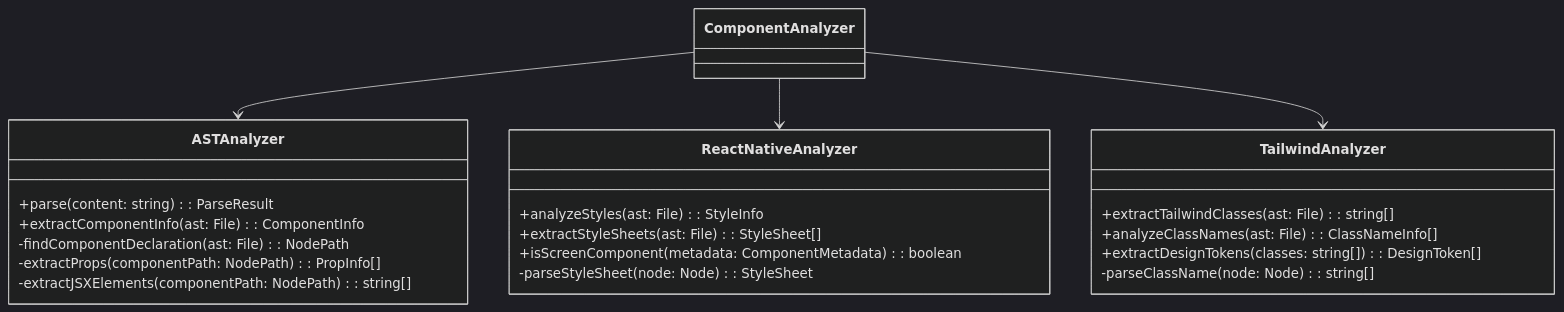
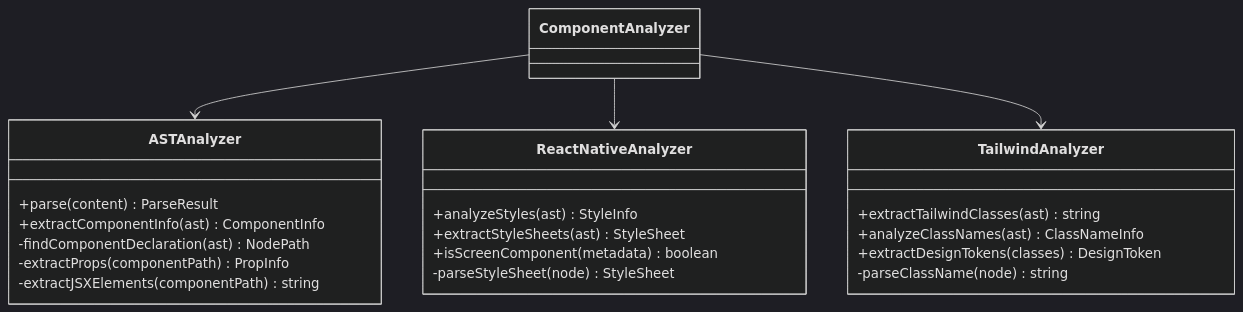
The second of 9 diagrams in docs/class-diagram.md (sean-sunagaku/component-design-system-mcp), drawn with Mermaid (dark theme) before and after one commit. The commit also changed other lines of this file and 2 other files, not shown here.

````diff
--- a/docs/class-diagram.md
+++ b/docs/class-diagram.md
@@ -56,28 +56,28 @@
 ```mermaid
 classDiagram
     class ASTAnalyzer {
-        +parse(content: string): ParseResult
-        +extractComponentInfo(ast: File): ComponentInfo
-        -findComponentDeclaration(ast: File): NodePath
-        -extractProps(componentPath: NodePath): PropInfo[]
-        -extractJSXElements(componentPath: NodePath): string[]
+        +parse(content) ParseResult
+        +extractComponentInfo(ast) ComponentInfo
+        -findComponentDeclaration(ast) NodePath
+        -extractProps(componentPath) PropInfo
+        -extractJSXElements(componentPath) string
     }
 
     class ReactNativeAnalyzer {
-        +analyzeStyles(ast: File): StyleInfo
-        +extractStyleSheets(ast: File): StyleSheet[]
-        +isScreenComponent(metadata: ComponentMetadata): boolean
-        -parseStyleSheet(node: Node): StyleSheet
+        +analyzeStyles(ast) StyleInfo
+        +extractStyleSheets(ast) StyleSheet
+        +isScreenComponent(metadata) boolean
+        -parseStyleSheet(node) StyleSheet
     }
 
     class TailwindAnalyzer {
-        +extractTailwindClasses(ast: File): string[]
-        +analyzeClassNames(ast: File): ClassNameInfo[]
-        +extractDesignTokens(classes: string[]): DesignToken[]
-        -parseClassName(node: Node): string[]
+        +extractTailwindClasses(ast) string
+        +analyzeClassNames(ast) ClassNameInfo
+        +extractDesignTokens(classes) DesignToken
+        -parseClassName(node) string
     }
 
     ComponentAnalyzer --> ASTAnalyzer
     ComponentAnalyzer --> ReactNativeAnalyzer
     ComponentAnalyzer --> TailwindAnalyzer
 ```
````
